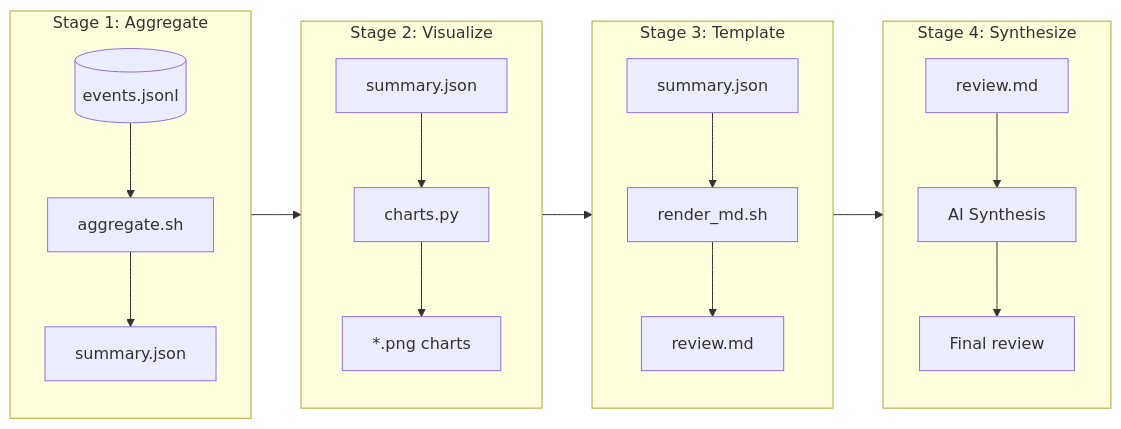
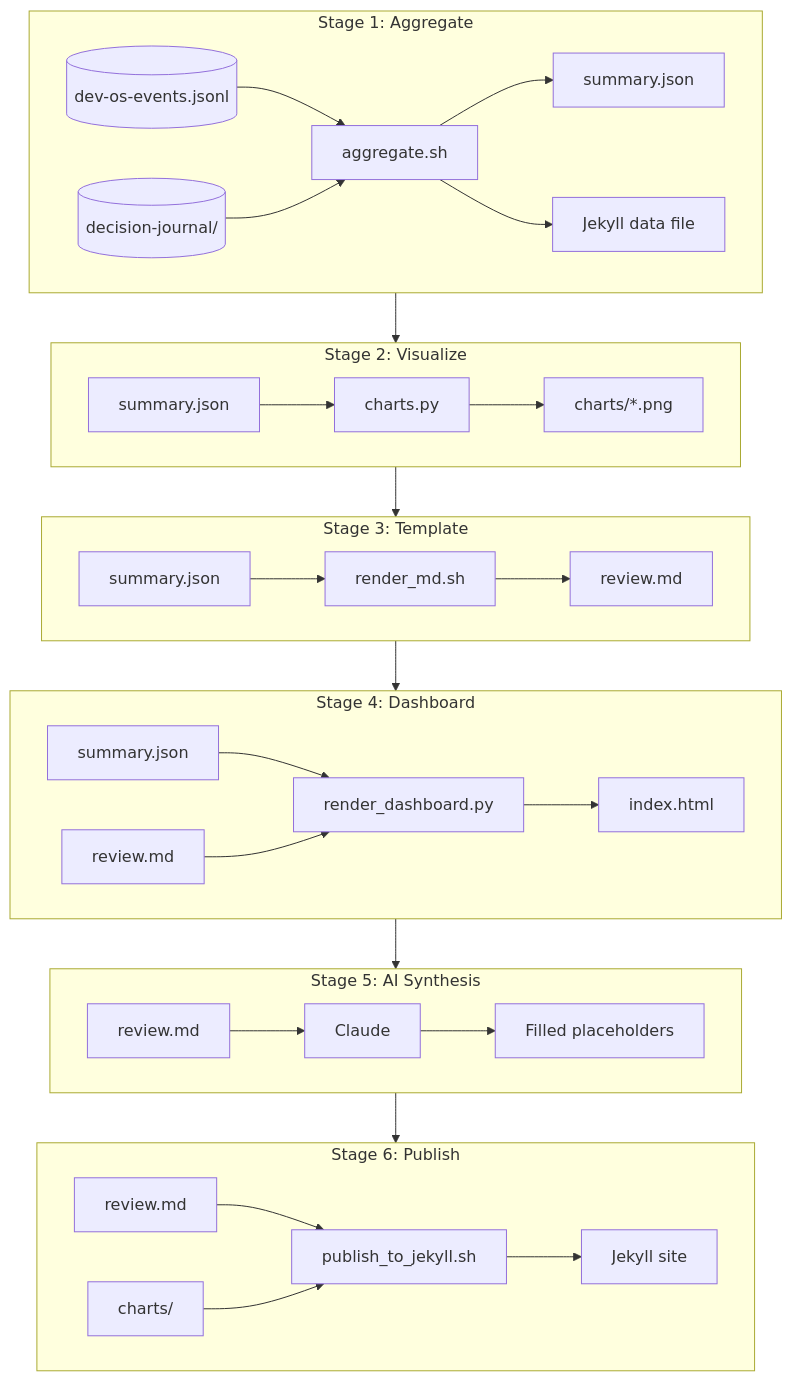
One commit to meaganewaller/weekly-reviews changed the first of 3 diagrams in review-pipeline.md. Above: the diagram before and after it, drawn with Mermaid. The commit also changed other lines of this file, not shown here.

First line of the commit message:
feat: Revise weekly review pipeline documentation and enhance data processing stages

```diff
--- a/review-pipeline.md
+++ b/review-pipeline.md
@@ -15,20 +16,32 @@
 {% mermaid %}
-flowchart LR
+flowchart TD
     subgraph S1["Stage 1: Aggregate"]
-        A1[(events.jsonl)] --> A2[aggregate.sh]
-        A2 --> A3[summary.json]
+        A1[(dev-os-events.jsonl)] --> A2[aggregate.sh]
+        A3[(decision-journal/)] --> A2
+        A2 --> A4[summary.json]
+        A2 --> A5[Jekyll data file]
     end
     subgraph S2["Stage 2: Visualize"]
         B1[summary.json] --> B2[charts.py]
-        B2 --> B3[*.png charts]
+        B2 --> B3[charts/*.png]
     end
     subgraph S3["Stage 3: Template"]
         C1[summary.json] --> C2[render_md.sh]
         C2 --> C3[review.md]
     end
-    subgraph S4["Stage 4: Synthesize"]
-        D1[review.md] --> D2[AI Synthesis]
-        D2 --> D3[Final review]
+    subgraph S4["Stage 4: Dashboard"]
+        D1[summary.json] --> D2[render_dashboard.py]
+        D3[review.md] --> D2
+        D2 --> D4[index.html]
     end
-    S1 --> S2 --> S3 --> S4
+    subgraph S5["Stage 5: AI Synthesis"]
+        E1[review.md] --> E2[Claude]
+        E2 --> E3[Filled placeholders]
+    end
+    subgraph S6["Stage 6: Publish"]
+        F1[review.md] --> F2[publish_to_jekyll.sh]
+        F3[charts/] --> F2
+        F2 --> F4[Jekyll site]
+    end
+    S1 --> S2 --> S3 --> S4 --> S5 --> S6
 {% endmermaid %}
```
